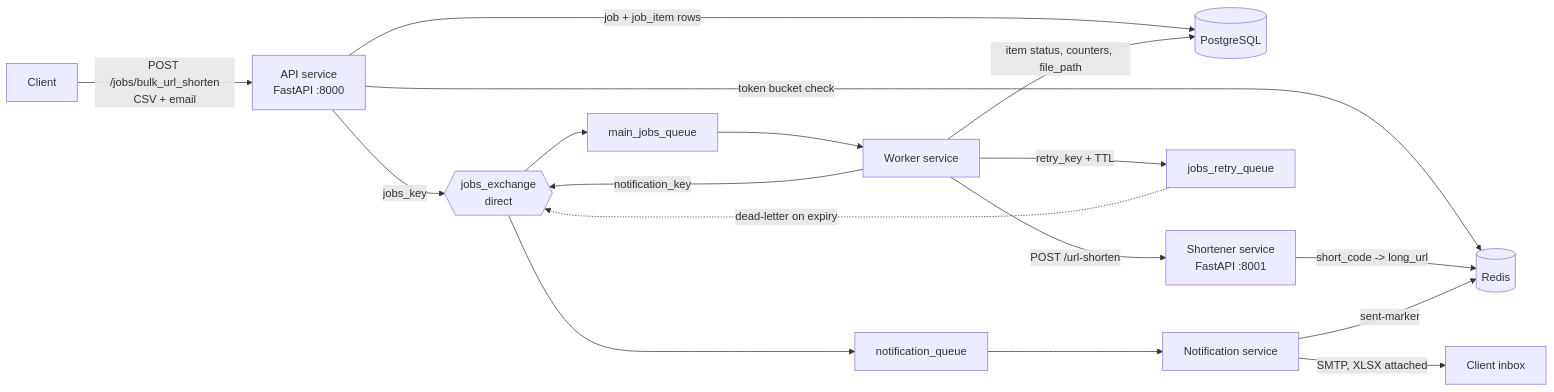
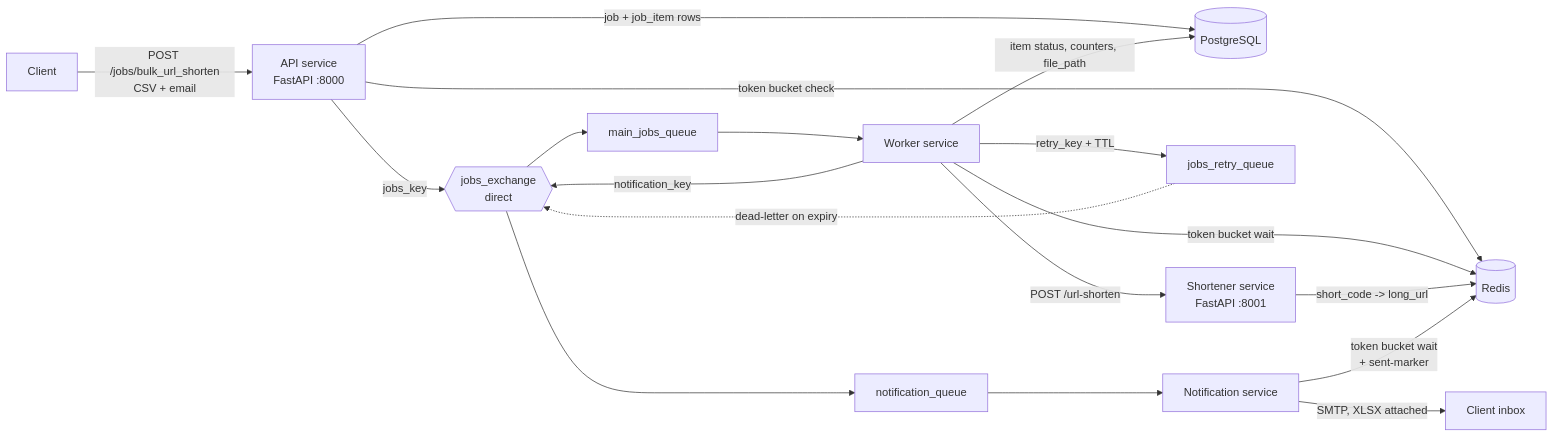
The diagram in README.md (divya1515/distributed-job-queue), drawn with Mermaid before and after one commit.

Commit message:
updated readme architecture diag

````diff
--- a/README.md
+++ b/README.md
@@ -7,21 +7,22 @@
 ```mermaid
 flowchart LR
     C[Client] -->|POST /jobs/bulk_url_shorten<br/>CSV + email| API[API service<br/>FastAPI :8000]
     API -->|token bucket check| R[(Redis)]
     API -->|job + job_item rows| PG[(PostgreSQL)]
     API -->|jobs_key| X{{jobs_exchange<br/>direct}}
 
     X --> MQ[main_jobs_queue]
     MQ --> W[Worker service]
+    W -->|token bucket wait| R
     W -->|POST /url-shorten| S[Shortener service<br/>FastAPI :8001]
     S -->|short_code -> long_url| R
     W -->|item status, counters, file_path| PG
     W -->|retry_key + TTL| RQ[jobs_retry_queue]
     RQ -.->|dead-letter on expiry| X
 
     W -->|notification_key| X
     X --> NQ[notification_queue]
     NQ --> N[Notification service]
-    N -->|sent-marker| R
+    N -->|token bucket wait<br/>+ sent-marker| R
     N -->|SMTP, XLSX attached| M[Client inbox]
 ```
````
